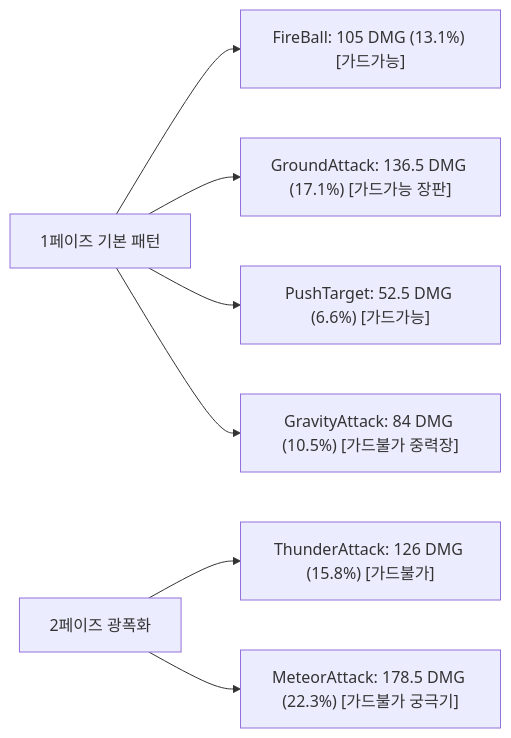
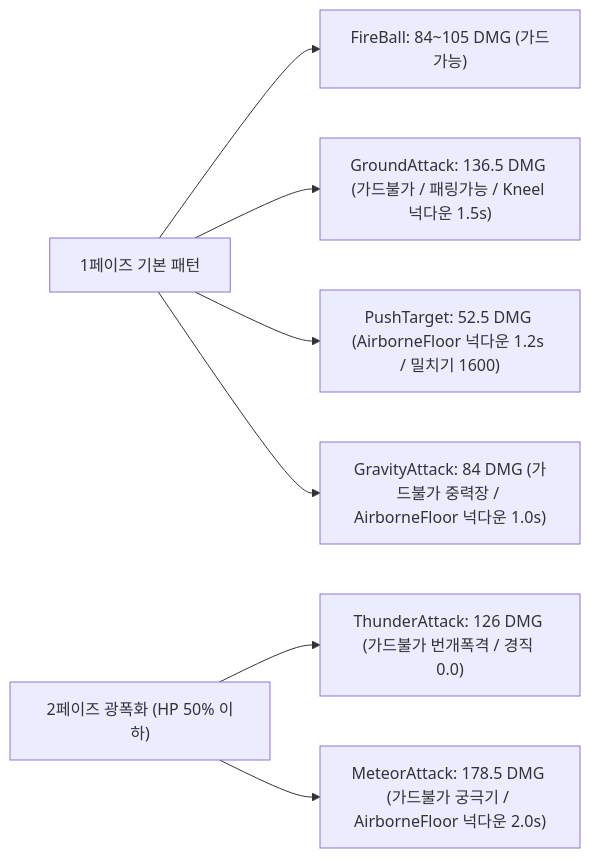
Before and after one commit to yhgamestudent/ShardsOfVeyara: the first of 2 diagrams in Docs/FOREST_MAP_BALANCE_REPORT.md, drawn with Mermaid. The commit also changed other lines of this file and 30 other files, not shown here.

````diff
--- a/Docs/FOREST_MAP_BALANCE_REPORT.md
+++ b/Docs/FOREST_MAP_BALANCE_REPORT.md
@@ -92,10 +94,10 @@
 ```mermaid
 graph LR
-    Phase1["1페이즈 기본 패턴"] --> Fireball["FireBall: 105 DMG (13.1%) [가드가능]"]
-    Phase1 --> Ground["GroundAttack: 136.5 DMG (17.1%) [가드가능 장판]"]
-    Phase1 --> Push["PushTarget: 52.5 DMG (6.6%) [가드가능]"]
-    Phase1 --> Gravity["GravityAttack: 84 DMG (10.5%) [가드불가 중력장]"]
+    Phase1["1페이즈 기본 패턴"] --> Fireball["FireBall: 84~105 DMG (가드가능)"]
+    Phase1 --> Ground["GroundAttack: 136.5 DMG (가드불가 / 패링가능 / Kneel 넉다운 1.5s)"]
+    Phase1 --> Push["PushTarget: 52.5 DMG (AirborneFloor 넉다운 1.2s / 밀치기 1600)"]
+    Phase1 --> Gravity["GravityAttack: 84 DMG (가드불가 중력장 / AirborneFloor 넉다운 1.0s)"]
 
-    Phase2["2페이즈 광폭화"] --> Thunder["ThunderAttack: 126 DMG (15.8%) [가드불가]"]
-    Phase2 --> Meteor["MeteorAttack: 178.5 DMG (22.3%) [가드불가 궁극기]"]
+    Phase2["2페이즈 광폭화 (HP 50% 이하)"] --> Thunder["ThunderAttack: 126 DMG (가드불가 번개폭격 / 경직 0.0)"]
+    Phase2 --> Meteor["MeteorAttack: 178.5 DMG (가드불가 궁극기 / AirborneFloor 넉다운 2.0s)"]
 ```
````
